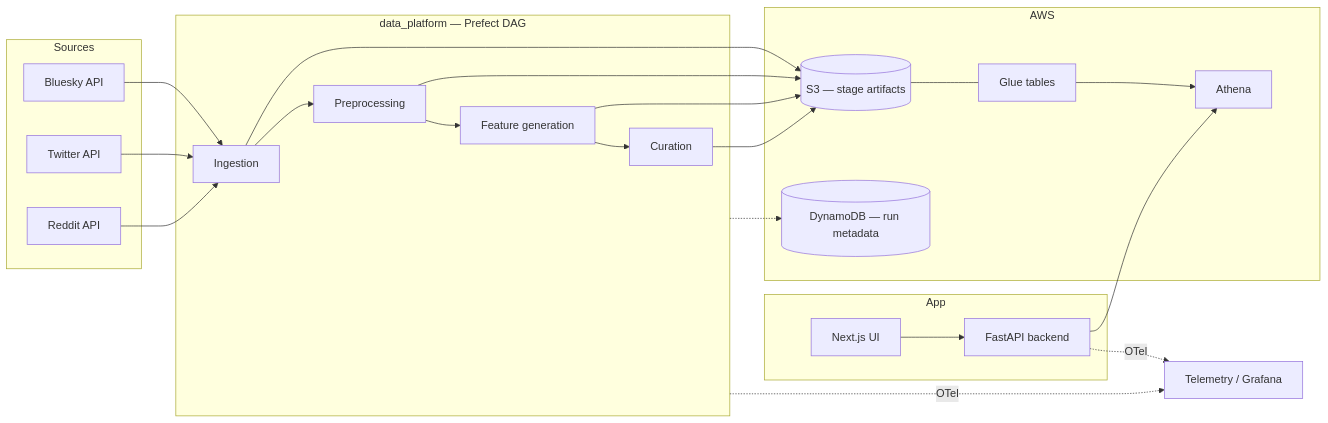
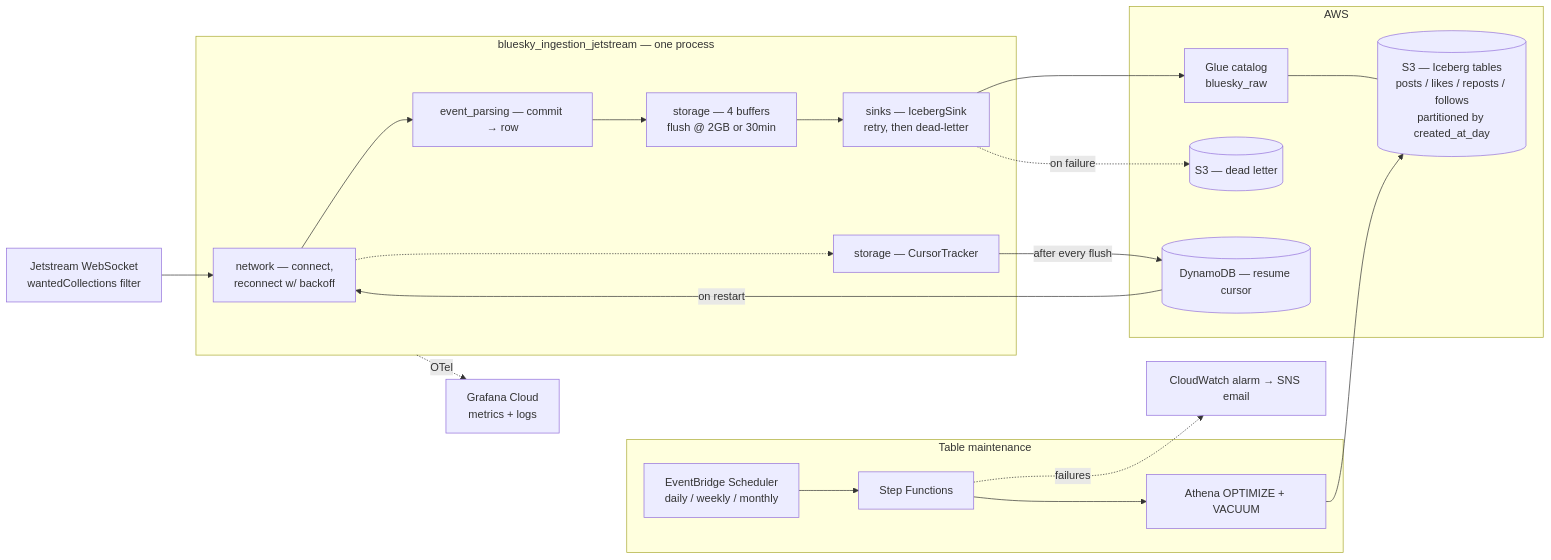
The diagram in README.md (METResearchGroup/lab_data_integrations_interface), drawn with Mermaid before and after one commit. The commit also changed other lines of this file, not shown here.

Commit message:
update readme with jetstream (#148)
* update readme with jetstream

* update flush interval and comment at bottom

* flush interval to 30 minutes not 3 minutes

````diff
--- a/README.md
+++ b/README.md
@@ -11,37 +11,38 @@
 ```mermaid
 flowchart LR
-  subgraph Sources
-    BSky[Bluesky API]
-    Tw[Twitter API]
-    Rd[Reddit API]
-  end
+  JS[Jetstream WebSocket<br/>wantedCollections filter]
 
-  subgraph Pipeline["data_platform — Prefect DAG"]
-    Ing[Ingestion]
-    Pre[Preprocessing]
-    Feat[Feature generation]
-    Cur[Curation]
-    Ing --> Pre --> Feat --> Cur
+  subgraph Process["bluesky_ingestion_jetstream — one process"]
+    Net[network — connect,<br/>reconnect w/ backoff]
+    Parse[event_parsing — commit → row]
+    Buf[storage — 4 buffers<br/>flush @ 2GB or 30min]
+    Sink[sinks — IcebergSink<br/>retry, then dead-letter]
+    Cur[storage — CursorTracker]
+    Net --> Parse --> Buf --> Sink
+    Net -.-> Cur
   end
 
   subgraph AWS
-    S3[(S3 — stage artifacts)]
-    Glue[Glue tables]
-    Ath[Athena]
-    DDB[(DynamoDB — run metadata)]
-    S3 --- Glue --> Ath
+    Glue[Glue catalog<br/>bluesky_raw]
+    S3[(S3 — Iceberg tables<br/>posts / likes / reposts / follows<br/>partitioned by created_at_day)]
+    DL[(S3 — dead letter)]
+    DDB[(DynamoDB — resume cursor)]
+    Glue --- S3
   end
 
-  subgraph App
-    UI[Next.js UI]
-    API[FastAPI backend]
-    UI --> API
+  subgraph Maintenance["Table maintenance"]
+    Sched[EventBridge Scheduler<br/>daily / weekly / monthly]
+    SFN[Step Functions]
+    Ath[Athena OPTIMIZE + VACUUM]
+    Sched --> SFN --> Ath
   end
 
-  BSky & Tw & Rd --> Ing
-  Ing & Pre & Feat & Cur --> S3
-  Pipeline -.-> DDB
-  API --> Ath
-  Pipeline -. OTel .-> Tel[Telemetry / Grafana]
-  API -. OTel .-> Tel
+  JS --> Net
+  Sink --> Glue
+  Sink -. on failure .-> DL
+  Cur -- after every flush --> DDB
+  DDB -- on restart --> Net
+  Ath --> S3
+  SFN -. failures .-> Alarm[CloudWatch alarm → SNS email]
+  Process -. OTel .-> Graf[Grafana Cloud<br/>metrics + logs]
 ```
````
